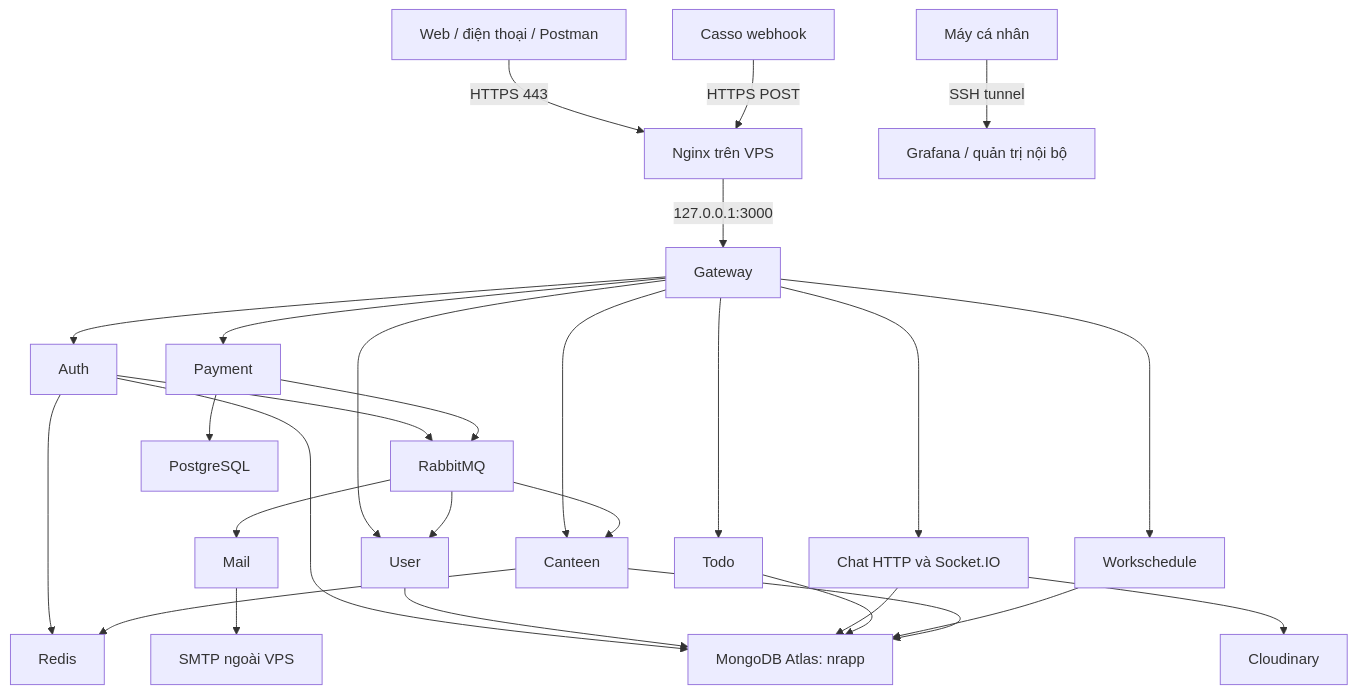
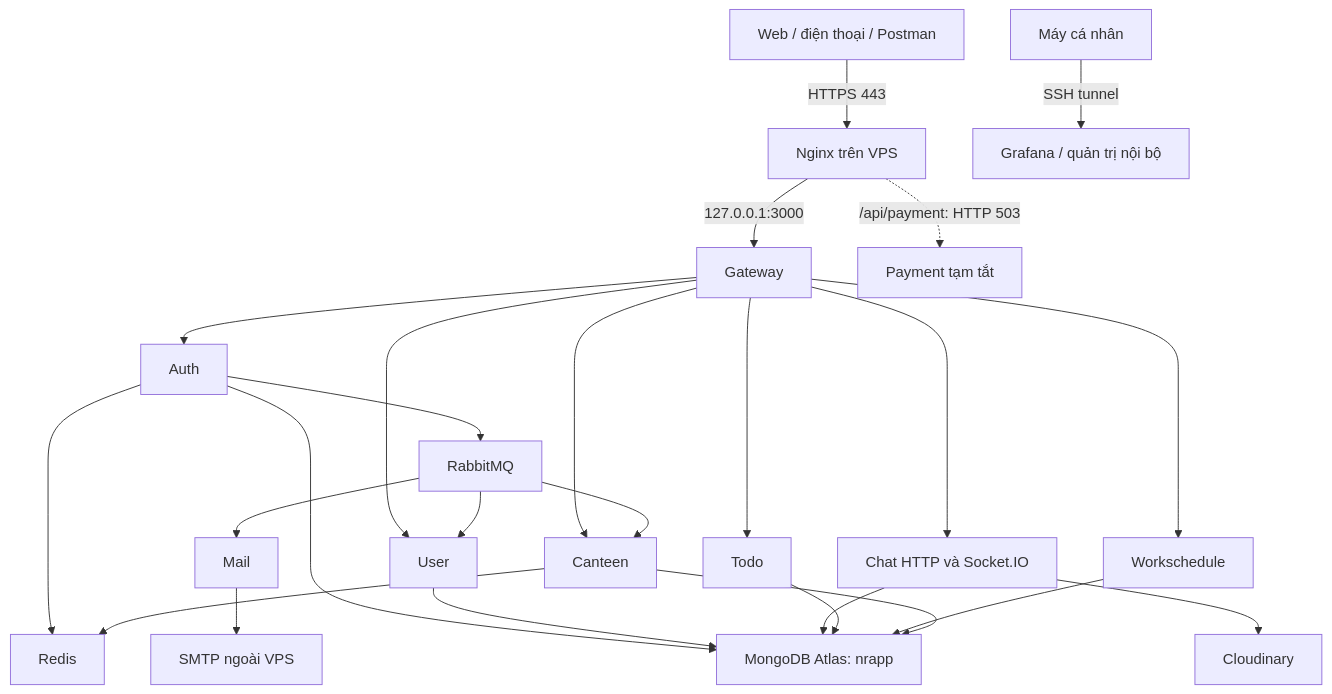
One commit to lethanh2006/docBE changed the diagram in KE_HOACH_THUE_VPS_VA_TRIEN_KHAI_BACKEND.md. Above: the diagram before and after it, drawn with Mermaid. The commit also changed other lines of this file, not shown here.

````diff
--- a/KE_HOACH_THUE_VPS_VA_TRIEN_KHAI_BACKEND.md
+++ b/KE_HOACH_THUE_VPS_VA_TRIEN_KHAI_BACKEND.md
@@ -85,30 +87,27 @@
 ```mermaid
 flowchart TD
     Client[Web / điện thoại / Postman] -->|HTTPS 443| Nginx[Nginx trên VPS]
-    Casso[Casso webhook] -->|HTTPS POST| Nginx
     Nginx -->|127.0.0.1:3000| Gateway[Gateway]
+    Nginx -.->|/api/payment: HTTP 503| Disabled[Payment tạm tắt]
     Gateway --> Auth[Auth]
     Gateway --> User[User]
     Gateway --> Chat[Chat HTTP và Socket.IO]
     Gateway --> Todo[Todo]
     Gateway --> Work[Workschedule]
     Gateway --> Canteen[Canteen]
-    Gateway --> Payment[Payment]
     Auth --> Redis[Redis]
     Canteen --> Redis
     Auth --> MQ[RabbitMQ]
     MQ --> Mail[Mail]
     MQ --> User
-    Payment --> MQ
     MQ --> Canteen
-    Payment --> PG[PostgreSQL]
     Auth --> Mongo[MongoDB Atlas: nrapp]
     User --> Mongo
     Chat --> Mongo
     Todo --> Mongo
     Work --> Mongo
     Canteen --> Mongo
     Mail --> SMTP[SMTP ngoài VPS]
     Chat --> Cloudinary[Cloudinary]
     Admin[Máy cá nhân] -->|SSH tunnel| Monitor[Grafana / quản trị nội bộ]
 ```
````
